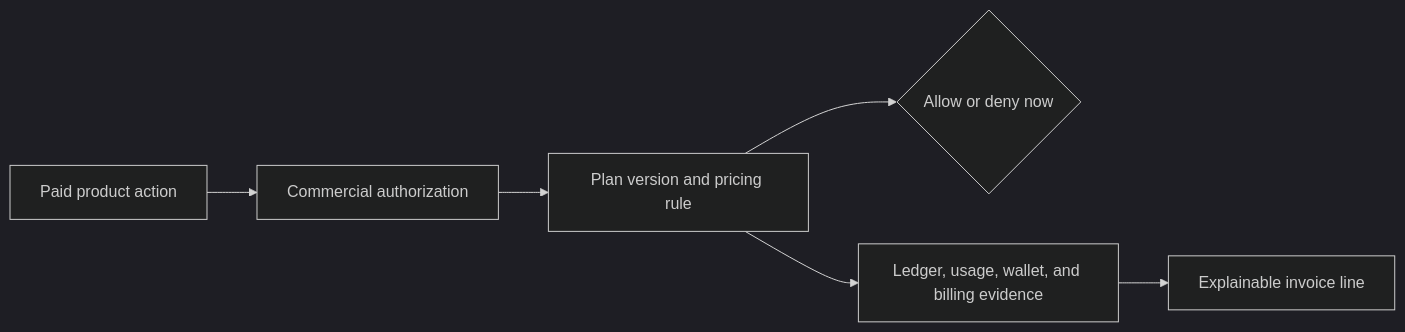
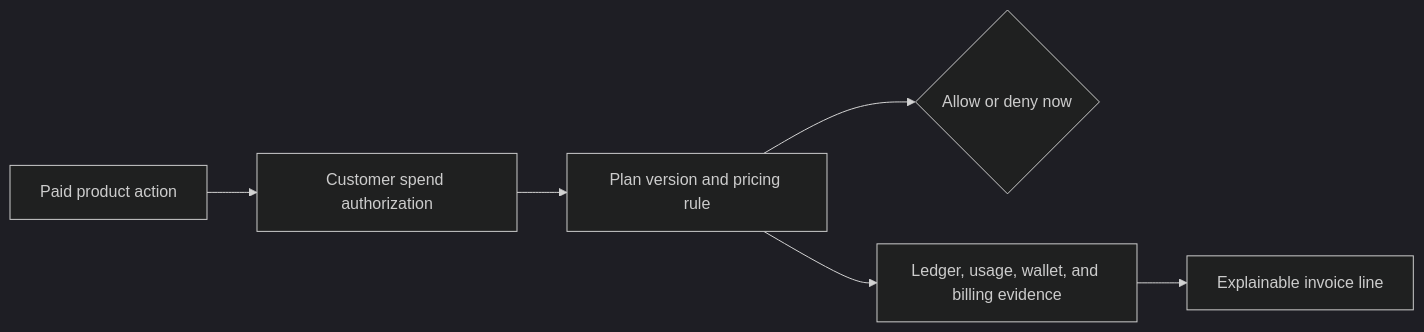
Before and after one commit to jhonsfran/unprice: the diagram in docs/brand/brand-narrative.md, drawn with Mermaid (dark theme). The commit also changed other lines of this file and 12 other files, not shown here.

````diff
--- a/docs/brand/brand-narrative.md
+++ b/docs/brand/brand-narrative.md
@@ -75,8 +79,8 @@
 ```mermaid
 flowchart LR
-  Action["Paid product action"] --> Check["Commercial authorization"]
+  Action["Paid product action"] --> Check["Customer spend authorization"]
   Check --> Rule["Plan version and pricing rule"]
   Rule --> Allowed{"Allow or deny now"}
   Rule --> Evidence["Ledger, usage, wallet, and billing evidence"]
   Evidence --> Invoice["Explainable invoice line"]
 ```
````
